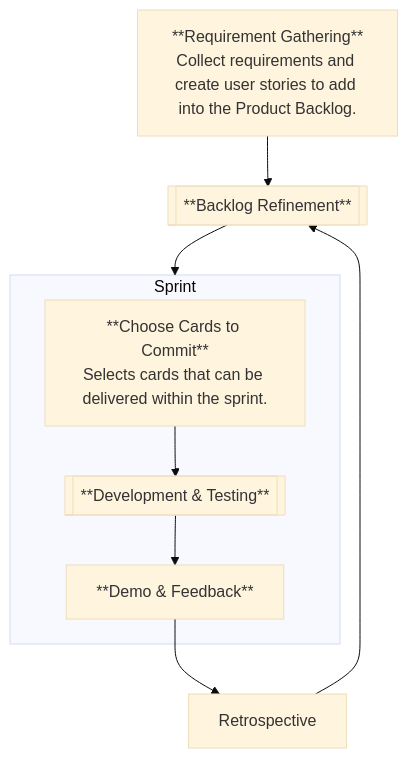
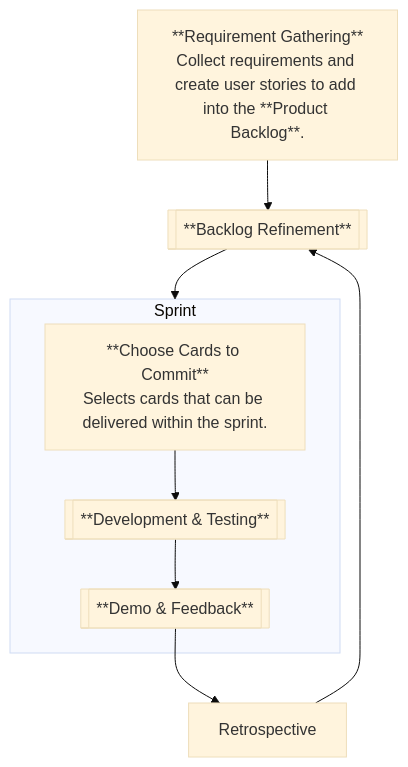
One commit to the-s-mana/employee-handbook changed the third of 6 diagrams in README.md. Above: the diagram before and after it, drawn with Mermaid (base theme). The commit also changed other lines of this file, not shown here.

````diff
--- a/README.md
+++ b/README.md
@@ -70,14 +84,14 @@
 ```mermaid
 flowchart
-  s0[**Requirement Gathering**<br/>Collect requirements and create user stories to add into the Product Backlog.]
+  s0[**Requirement Gathering**<br/>Collect requirements and create user stories to add into the **Product Backlog**.]
   s1[[**Backlog Refinement**]]
   subgraph Sprint
     s2[**Choose Cards to Commit**<br/>Selects cards that can be delivered within the sprint.]
     s3[[**Development & Testing**]]
-    s4[**Demo & Feedback**]
+    s4[[**Demo & Feedback**]]
   end
   s5[Retrospective]
 
   s0 --> s1 --> Sprint
   s2 --> s3 --> s4 --> s5 --> s1
 ```
````
